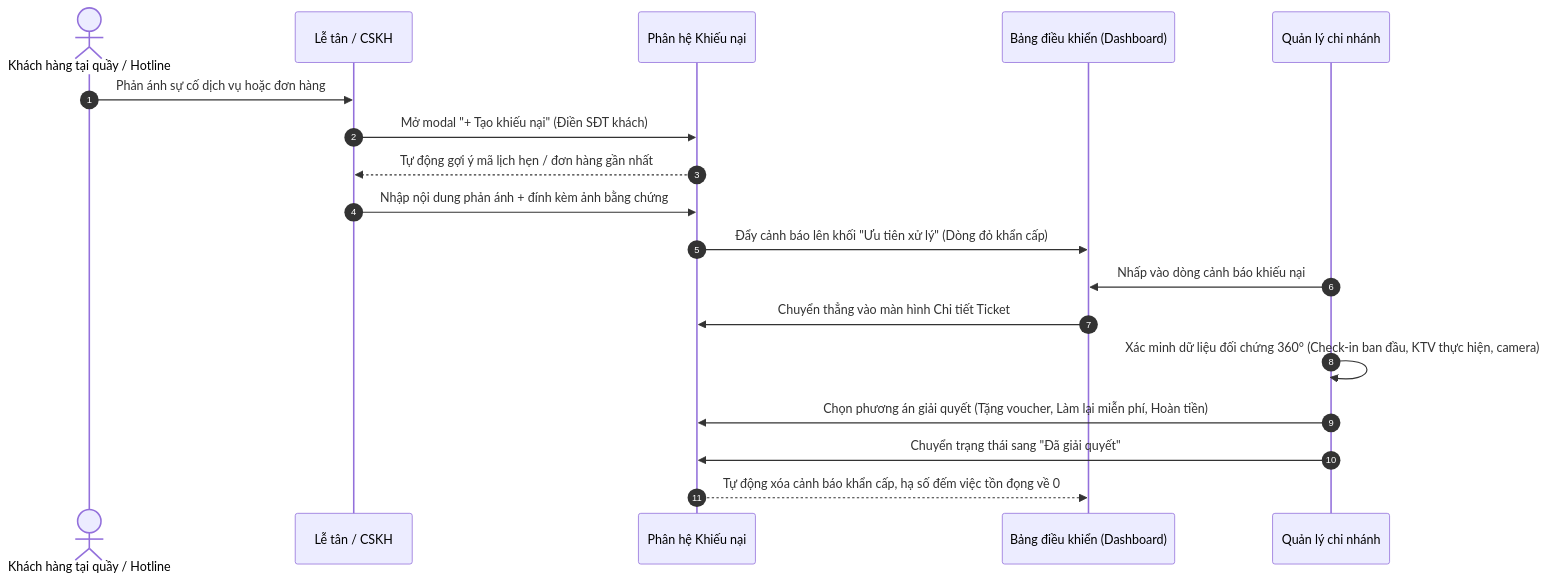
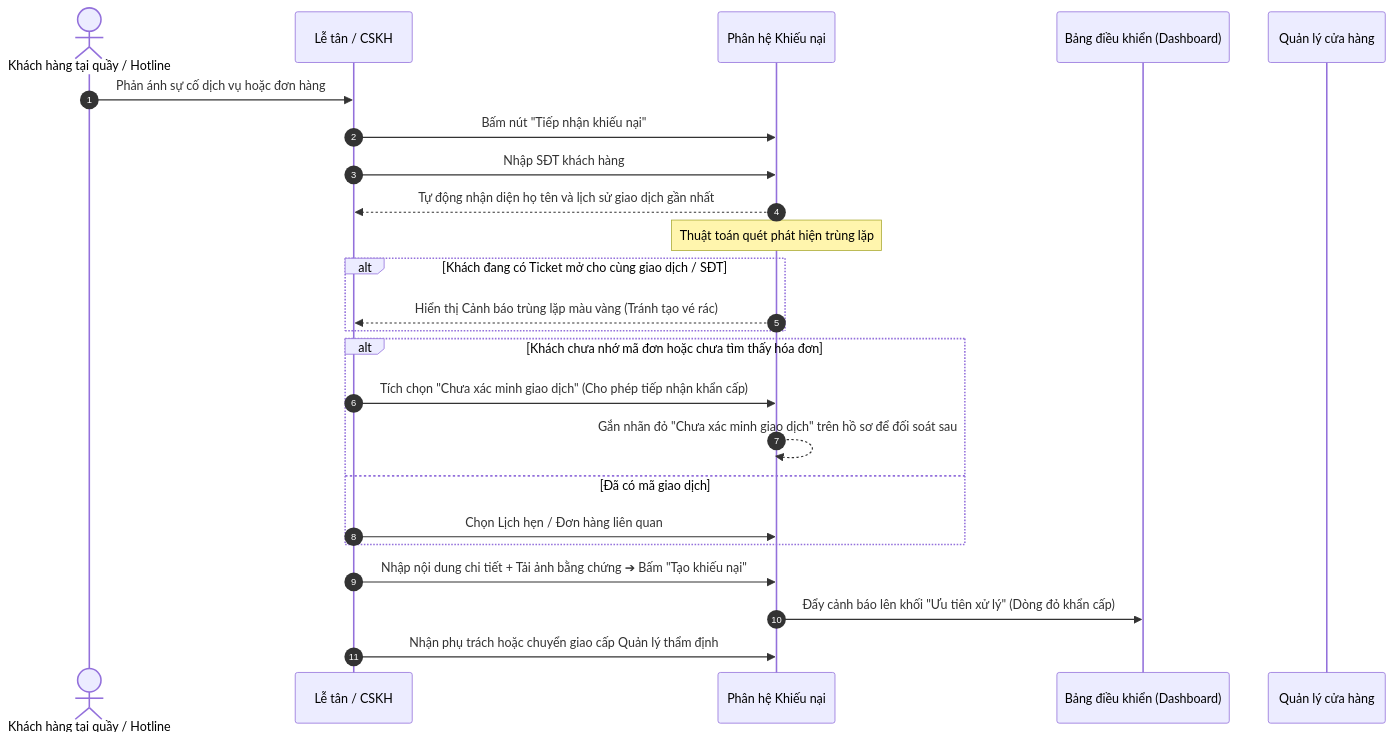
One commit to lleewyn/Pawpal changed the fifth of 7 diagrams in HUONG_DAN_LUONG_NGHIEP_VU_PAWPAL.md. Above: the diagram before and after it, drawn with Mermaid. The commit also changed other lines of this file and 33 other files, not shown here.

````diff
--- a/HUONG_DAN_LUONG_NGHIEP_VU_PAWPAL.md
+++ b/HUONG_DAN_LUONG_NGHIEP_VU_PAWPAL.md
@@ -181,21 +200,30 @@
 ```mermaid
 sequenceDiagram
     autonumber
     actor Khach as Khách hàng tại quầy / Hotline
     participant Letan as Lễ tân / CSKH
     participant Comp as Phân hệ Khiếu nại
     participant DB as Bảng điều khiển (Dashboard)
-    participant Admin as Quản lý chi nhánh
+    participant QL as Quản lý cửa hàng
 
     Khach->>Letan: Phản ánh sự cố dịch vụ hoặc đơn hàng
-    Letan->>Comp: Mở modal "+ Tạo khiếu nại" (Điền SĐT khách)
-    Comp-->>Letan: Tự động gợi ý mã lịch hẹn / đơn hàng gần nhất
-    Letan->>Comp: Nhập nội dung phản ánh + đính kèm ảnh bằng chứng
+    Letan->>Comp: Bấm nút "Tiếp nhận khiếu nại"
+    Letan->>Comp: Nhập SĐT khách hàng
+    Comp-->>Letan: Tự động nhận diện họ tên và lịch sử giao dịch gần nhất
+    
+    Note over Comp: Thuật toán quét phát hiện trùng lặp
+    alt Khách đang có Ticket mở cho cùng giao dịch / SĐT
+        Comp-->>Letan: Hiển thị Cảnh báo trùng lặp màu vàng (Tránh tạo vé rác)
+    end
+
+    alt Khách chưa nhớ mã đơn hoặc chưa tìm thấy hóa đơn
+        Letan->>Comp: Tích chọn "Chưa xác minh giao dịch" (Cho phép tiếp nhận khẩn cấp)
+        Comp-->>Comp: Gắn nhãn đỏ "Chưa xác minh giao dịch" trên hồ sơ để đối soát sau
+    else Đã có mã giao dịch
+        Letan->>Comp: Chọn Lịch hẹn / Đơn hàng liên quan
+    end
+
+    Letan->>Comp: Nhập nội dung chi tiết + Tải ảnh bằng chứng ➔ Bấm "Tạo khiếu nại"
     Comp->>DB: Đẩy cảnh báo lên khối "Ưu tiên xử lý" (Dòng đỏ khẩn cấp)
-    Admin->>DB: Nhấp vào dòng cảnh báo khiếu nại
-    DB->>Comp: Chuyển thẳng vào màn hình Chi tiết Ticket
-    Admin->>Admin: Xác minh dữ liệu đối chứng 360° (Check-in ban đầu, KTV thực hiện, camera)
-    Admin->>Comp: Chọn phương án giải quyết (Tặng voucher, Làm lại miễn phí, Hoàn tiền)
-    Admin->>Comp: Chuyển trạng thái sang "Đã giải quyết"
-    Comp-->>DB: Tự động xóa cảnh báo khẩn cấp, hạ số đếm việc tồn đọng về 0
+    Letan->>Comp: Nhận phụ trách hoặc chuyển giao cấp Quản lý thẩm định
 ```
````
